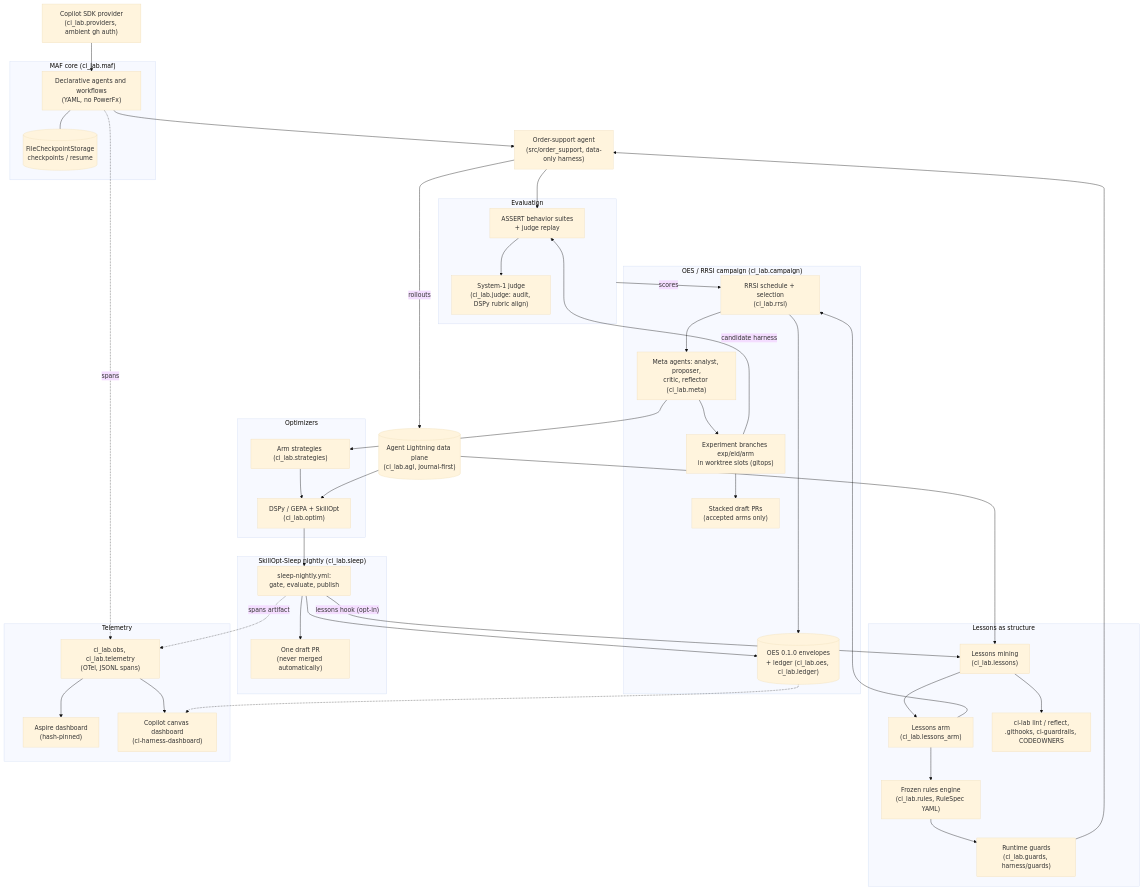
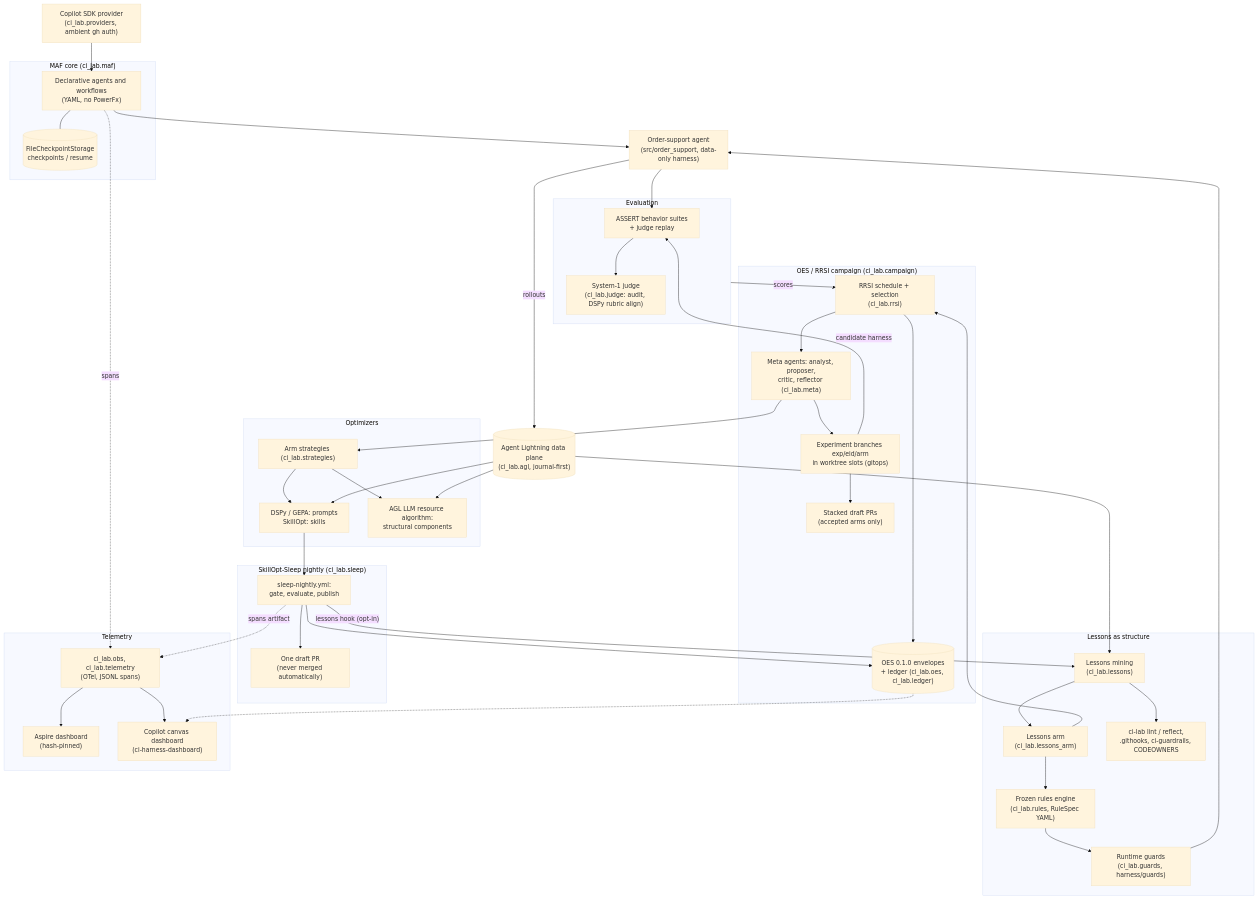
One commit to MSFT-TKENDRICK/continuous-improvement changed the diagram in docs/harness.md. Above: the diagram before and after it, drawn with Mermaid (base theme). The commit also changed other lines of this file and 2 other files, not shown here.

Commit message:
docs: define LLM-only AGL ownership (#417)

````diff
--- a/docs/harness.md
+++ b/docs/harness.md
@@ -28,74 +29,77 @@
 ```mermaid
 flowchart TB
   subgraph Runtime["MAF core (ci_lab.maf)"]
     MAF["Declarative agents and workflows<br/>(YAML, no PowerFx)"]
     CKPT[("FileCheckpointStorage<br/>checkpoints / resume")]
     MAF --- CKPT
   end
   PROV["Copilot SDK provider<br/>(ci_lab.providers, ambient gh auth)"] --> MAF
   AGENT["Order-support agent<br/>(src/order_support, data-only harness)"]
   MAF --> AGENT
 
   subgraph Eval["Evaluation"]
     ASSERT["ASSERT behavior suites<br/>+ judge replay"]
     JUDGE["System-1 judge<br/>(ci_lab.judge: audit, DSPy rubric align)"]
     ASSERT --> JUDGE
   end
   AGENT --> ASSERT
 
   subgraph Campaign["OES / RRSI campaign (ci_lab.campaign)"]
     RRSI["RRSI schedule + selection<br/>(ci_lab.rrsi)"]
     META["Meta agents: analyst, proposer,<br/>critic, reflector (ci_lab.meta)"]
     OES[("OES 0.1.0 envelopes<br/>+ ledger (ci_lab.oes, ci_lab.ledger)")]
     WT["Experiment branches exp/eid/arm<br/>in worktree slots (gitops)"]
     PR["Stacked draft PRs<br/>(accepted arms only)"]
     RRSI --> META --> WT --> PR
     RRSI --> OES
   end
   Eval -->|scores| RRSI
   WT -->|candidate harness| ASSERT
 
   subgraph Optim["Optimizers"]
     STRAT["Arm strategies (ci_lab.strategies)"]
-    GEPA["DSPy / GEPA + SkillOpt<br/>(ci_lab.optim)"]
+    GEPA["DSPy / GEPA: prompts<br/>SkillOpt: skills"]
+    AGLALG["AGL LLM resource algorithm:<br/>structural components"]
     STRAT --> GEPA
+    STRAT --> AGLALG
   end
   META --> STRAT
 
   AGL[("Agent Lightning data plane<br/>(ci_lab.agl, journal-first)")]
   AGENT -->|rollouts| AGL
   AGL --> GEPA
+  AGL --> AGLALG
 
   subgraph Sleep["SkillOpt-Sleep nightly (ci_lab.sleep)"]
     NIGHT["sleep-nightly.yml:<br/>gate, evaluate, publish"]
     DRAFT["One draft PR<br/>(never merged automatically)"]
     NIGHT --> DRAFT
   end
   GEPA --> NIGHT
   NIGHT --> OES
 
   subgraph Structure["Lessons as structure"]
     LES["Lessons mining<br/>(ci_lab.lessons)"]
     ARM["Lessons arm<br/>(ci_lab.lessons_arm)"]
     RULES["Frozen rules engine<br/>(ci_lab.rules, RuleSpec YAML)"]
     GUARDS["Runtime guards<br/>(ci_lab.guards, harness/guards)"]
     LINT["ci-lab lint / reflect,<br/>.githooks, ci-guardrails, CODEOWNERS"]
     LES --> ARM --> RULES --> GUARDS
     LES --> LINT
   end
   AGL --> LES
   NIGHT -->|"lessons hook (opt-in)"| LES
   ARM --> RRSI
   GUARDS --> AGENT
 
   subgraph Obs["Telemetry"]
     OTEL["ci_lab.obs, ci_lab.telemetry<br/>(OTel, JSONL spans)"]
     ASP["Aspire dashboard<br/>(hash-pinned)"]
     CANVAS["Copilot canvas dashboard<br/>(ci-harness-dashboard)"]
     OTEL --> ASP
     OTEL --> CANVAS
   end
   MAF -.spans.-> OTEL
   NIGHT -."spans artifact".-> OTEL
   OES -.-> CANVAS
 ```
````
